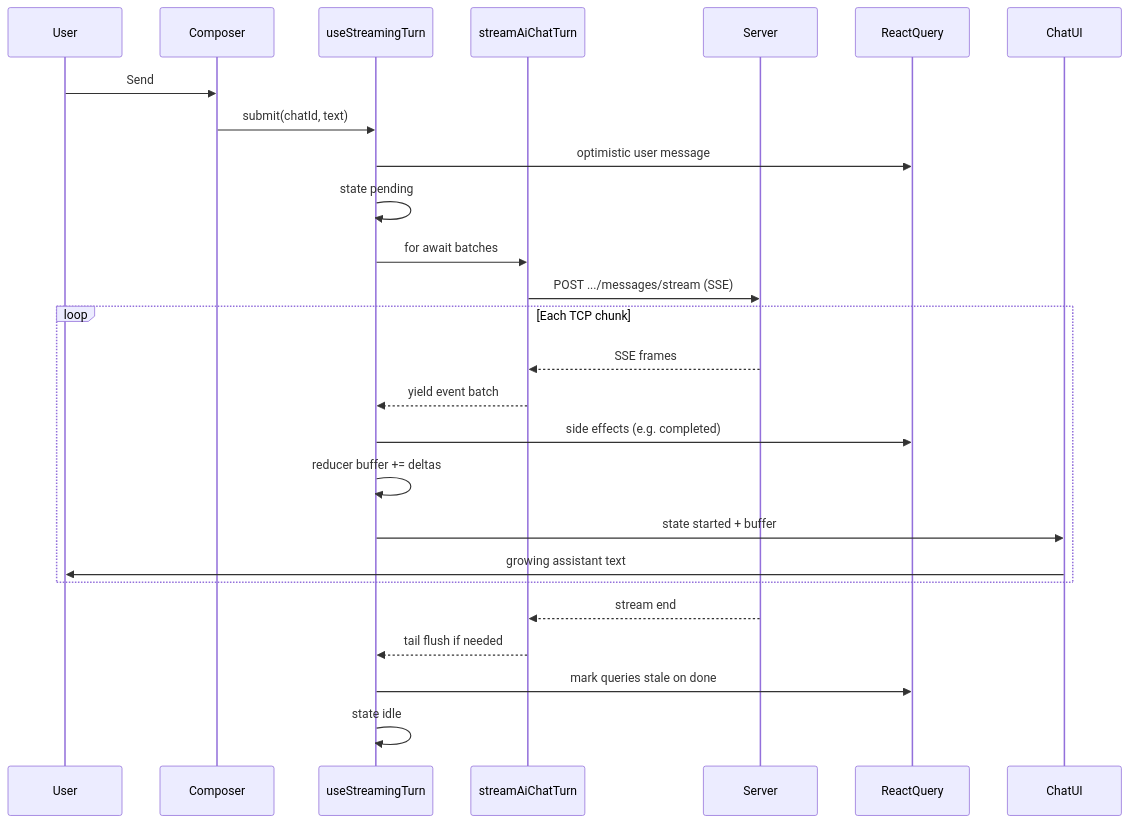
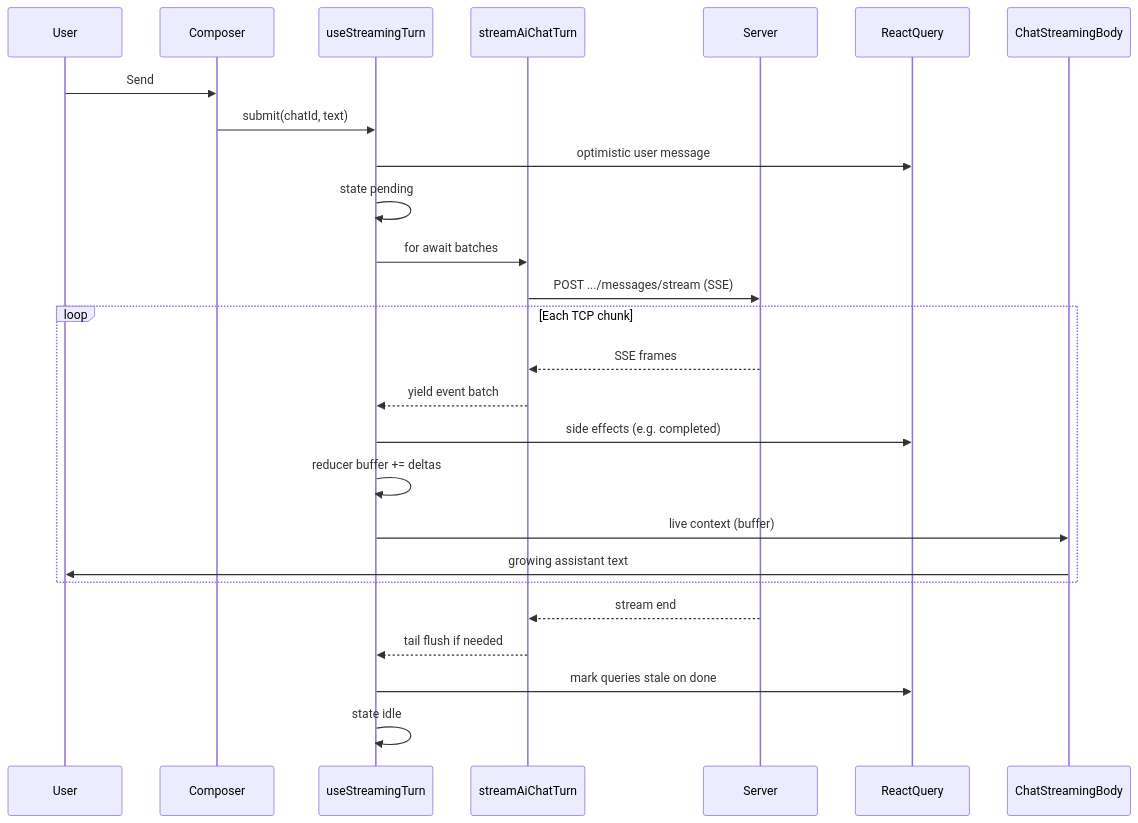
Before and after one commit to Netcracker/qubership-apihub-ui: the first of 2 diagrams in packages/portal/src/components/AiAssistant/streaming/README.md, drawn with Mermaid. The commit also changed other lines of this file and 4 other files, not shown here.

First line of the commit message:
refactor(ai-chat): unify ai assistant streaming types and docs

````diff
--- a/packages/portal/src/components/AiAssistant/streaming/README.md
+++ b/packages/portal/src/components/AiAssistant/streaming/README.md
@@ -29,29 +46,29 @@
 ```mermaid
 sequenceDiagram
   participant User
   participant Composer
   participant useStreamingTurn
   participant streamAiChatTurn
   participant Server
   participant ReactQuery
-  participant ChatUI
+  participant ChatStreamingBody
 
   User->>Composer: Send
   Composer->>useStreamingTurn: submit(chatId, text)
   useStreamingTurn->>ReactQuery: optimistic user message
   useStreamingTurn->>useStreamingTurn: state pending
   useStreamingTurn->>streamAiChatTurn: for await batches
   streamAiChatTurn->>Server: POST .../messages/stream (SSE)
   loop Each TCP chunk
     Server-->>streamAiChatTurn: SSE frames
     streamAiChatTurn-->>useStreamingTurn: yield event batch
     useStreamingTurn->>ReactQuery: side effects (e.g. completed)
     useStreamingTurn->>useStreamingTurn: reducer buffer += deltas
-    useStreamingTurn->>ChatUI: state started + buffer
-    ChatUI->>User: growing assistant text
+    useStreamingTurn->>ChatStreamingBody: live context (buffer)
+    ChatStreamingBody->>User: growing assistant text
   end
   Server-->>streamAiChatTurn: stream end
   streamAiChatTurn-->>useStreamingTurn: tail flush if needed
   useStreamingTurn->>ReactQuery: mark queries stale on done
   useStreamingTurn->>useStreamingTurn: state idle
 ```
````
